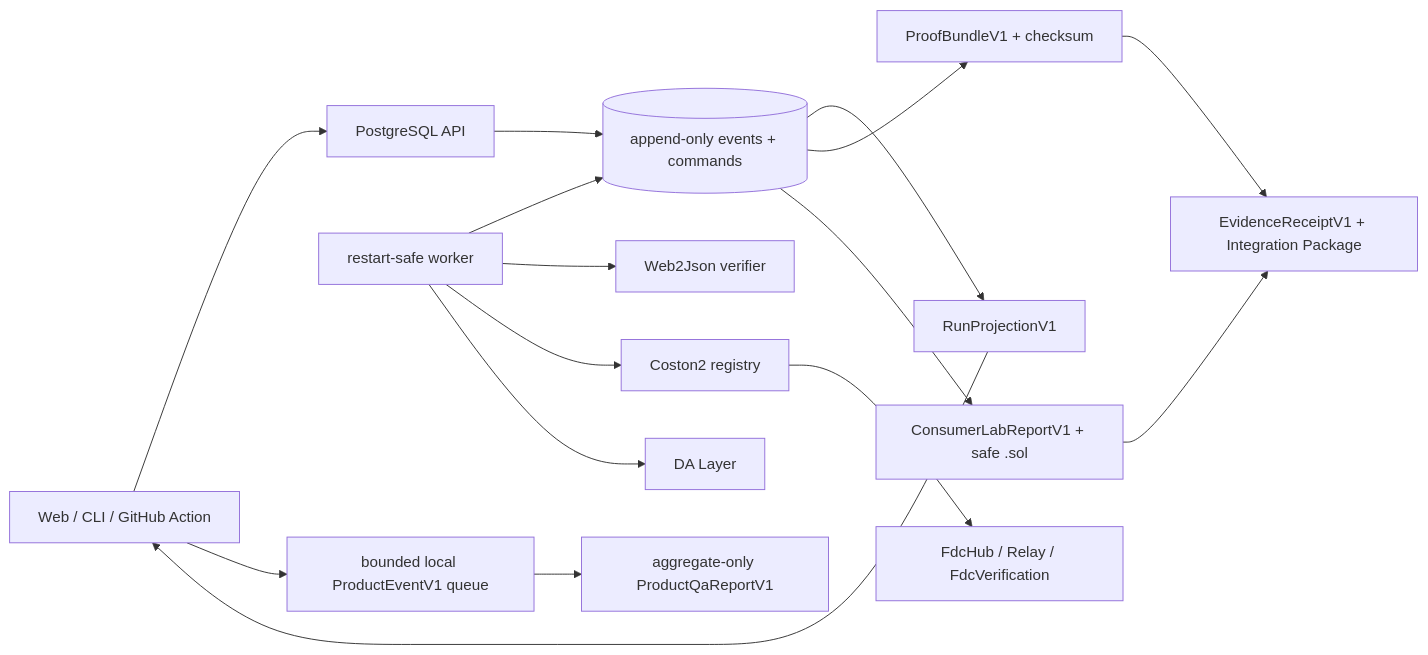
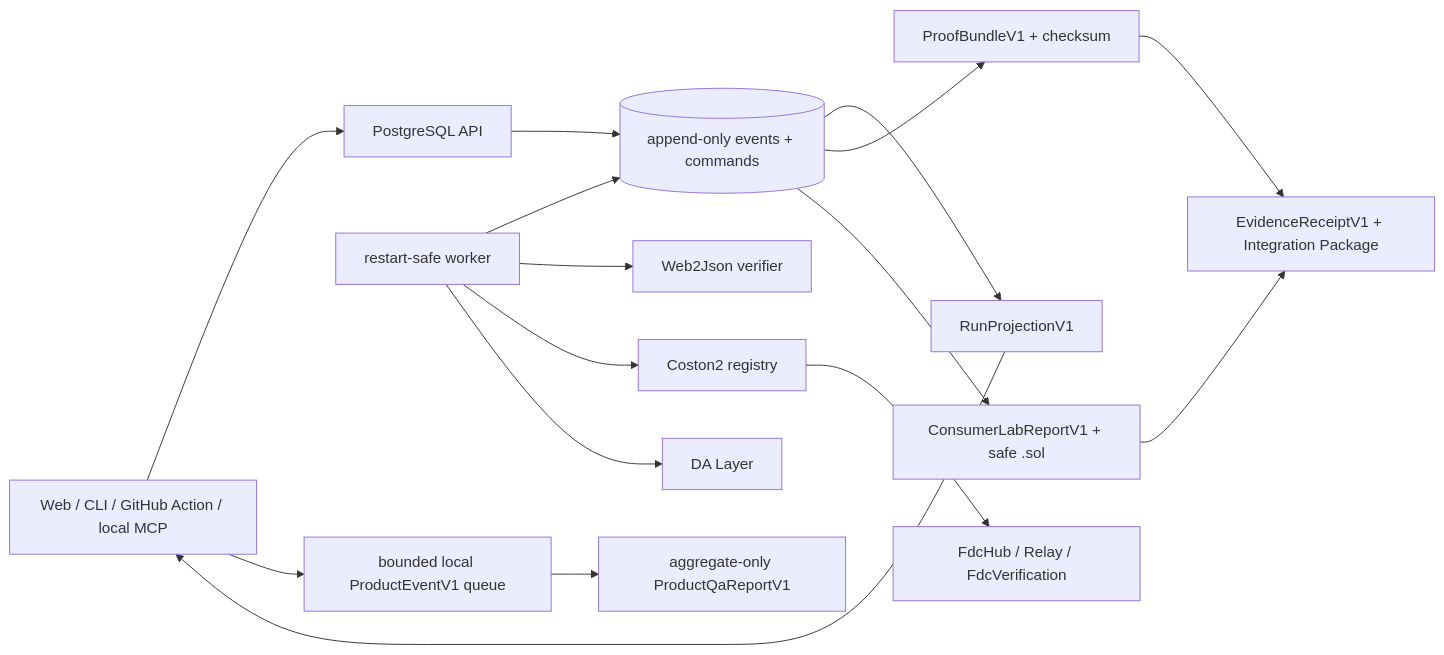
Before and after one commit to MarsherSusanin/Orivra: the diagram in ARCHITECTURE.md, drawn with Mermaid. The commit also changed other lines of this file and 4 other files, not shown here.

````diff
--- a/ARCHITECTURE.md
+++ b/ARCHITECTURE.md
@@ -11,18 +11,18 @@
 ```mermaid
 flowchart LR
-  Surface["Web / CLI / GitHub Action"] --> API["PostgreSQL API"]
+  Surface["Web / CLI / GitHub Action / local MCP"] --> API["PostgreSQL API"]
   API --> DB[("append-only events + commands")]
   Worker["restart-safe worker"] --> DB
   Worker --> Verifier["Web2Json verifier"]
   Worker --> Registry["Coston2 registry"]
   Registry --> FDC["FdcHub / Relay / FdcVerification"]
   Worker --> DA["DA Layer"]
   DB --> Projection["RunProjectionV1"]
   Projection --> Surface
   DB --> Bundle["ProofBundleV1 + checksum"]
   DB --> Consumer["ConsumerLabReportV1 + safe .sol"]
   Bundle --> Handoff["EvidenceReceiptV1 + Integration Package"]
   Consumer --> Handoff
   Surface --> LocalQueue["bounded local ProductEventV1 queue"]
   LocalQueue --> QA["aggregate-only ProductQaReportV1"]
 ```
````
